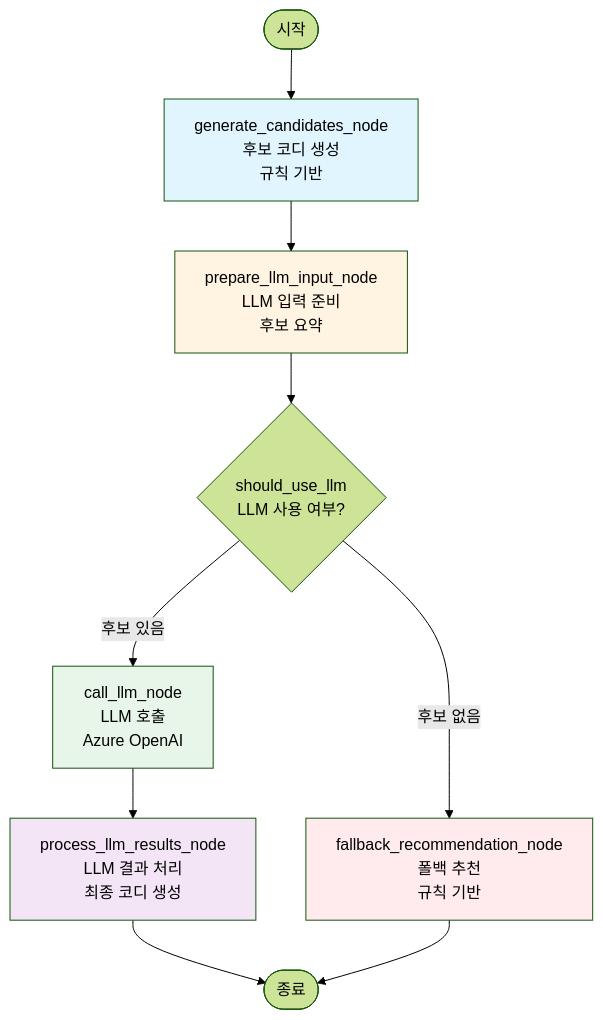
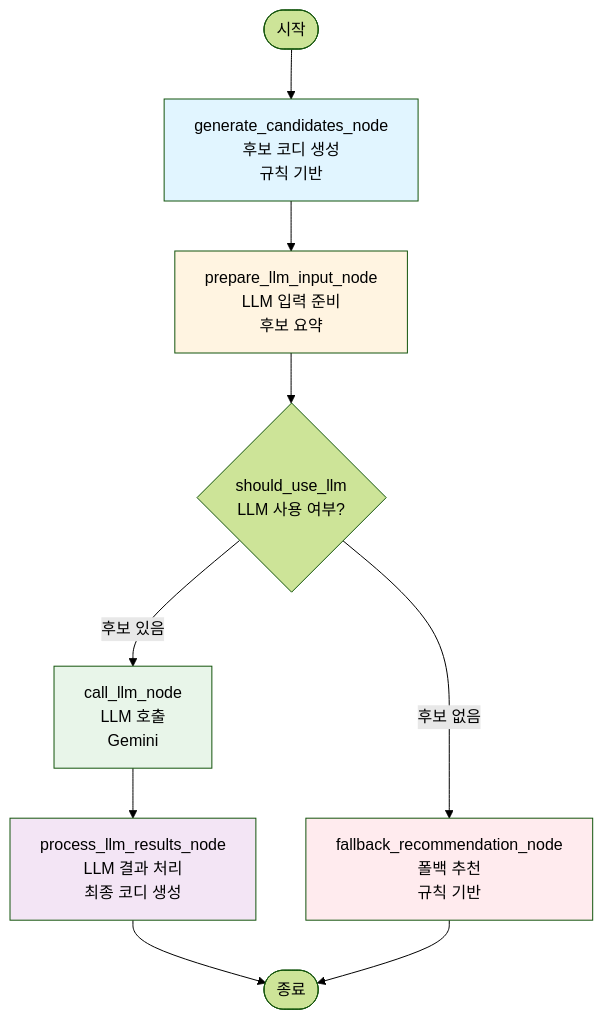
One commit to kangkun-lee/myclo-platform changed the second of 3 diagrams in backend/docs/architecture/langgraph-flows.md. Above: the diagram before and after it, drawn with Mermaid (forest theme). The commit also changed other lines of this file and 61 other files, not shown here.

Commit message:
feat: Add image processing API, chat session flow, and docs updates

````diff
--- a/backend/docs/architecture/langgraph-flows.md
+++ b/backend/docs/architecture/langgraph-flows.md
@@ -113,19 +113,19 @@
 ```mermaid
 graph TD
     START([시작]) --> generate_candidates[generate_candidates_node<br/>후보 코디 생성<br/>규칙 기반]
     generate_candidates --> prepare_llm[prepare_llm_input_node<br/>LLM 입력 준비<br/>후보 요약]
     prepare_llm --> should_use_llm{should_use_llm<br/>LLM 사용 여부?}
     
-    should_use_llm -->|후보 있음| call_llm[call_llm_node<br/>LLM 호출<br/>Azure OpenAI]
+    should_use_llm -->|후보 있음| call_llm[call_llm_node<br/>LLM 호출<br/>Gemini]
     should_use_llm -->|후보 없음| fallback[fallback_recommendation_node<br/>폴백 추천<br/>규칙 기반]
     
     call_llm --> process_llm[process_llm_results_node<br/>LLM 결과 처리<br/>최종 코디 생성]
     process_llm --> END([종료])
     fallback --> END
     
     style generate_candidates fill:#e1f5ff
     style prepare_llm fill:#fff4e1
     style call_llm fill:#e8f5e9
     style process_llm fill:#f3e5f5
     style fallback fill:#ffebee
 ```
````
